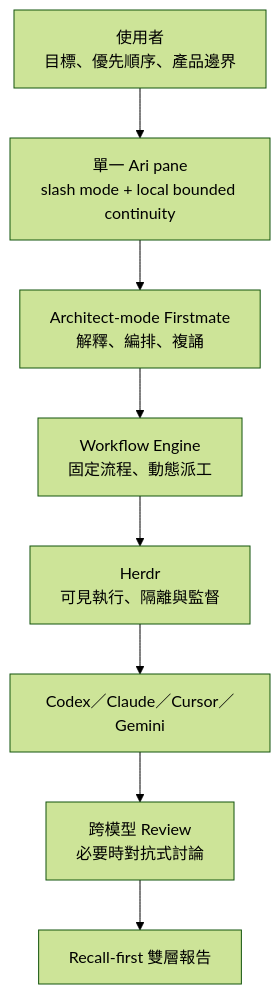
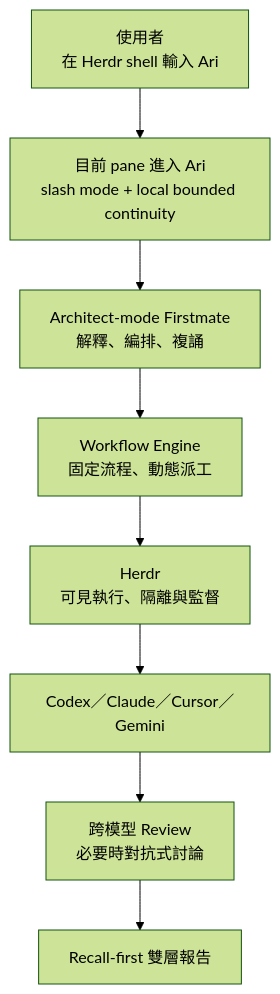
Before and after one commit to lunhsiangyuan/aicoding-mate: the diagram in README.md, drawn with Mermaid (forest theme). The commit also changed other lines of this file and 12 other files, not shown here.

First line of the commit message:
feat: enter Ari from the Herdr current pane

````diff
--- a/README.md
+++ b/README.md
@@ -22,10 +22,10 @@
 ```mermaid
 flowchart TD
-    U["使用者<br/>目標、優先順序、產品邊界"] --> P["單一 Ari pane<br/>slash mode + local bounded continuity"]
+    U["使用者<br/>在 Herdr shell 輸入 Ari"] --> P["目前 pane 進入 Ari<br/>slash mode + local bounded continuity"]
     P --> A["Architect-mode Firstmate<br/>解釋、編排、複誦"]
     A --> W["Workflow Engine<br/>固定流程、動態派工"]
     W --> H["Herdr<br/>可見執行、隔離與監督"]
     H --> M["Codex／Claude／Cursor／Gemini"]
     M --> R["跨模型 Review<br/>必要時對抗式討論"]
     R --> O["Recall-first 雙層報告"]
 ```
````
